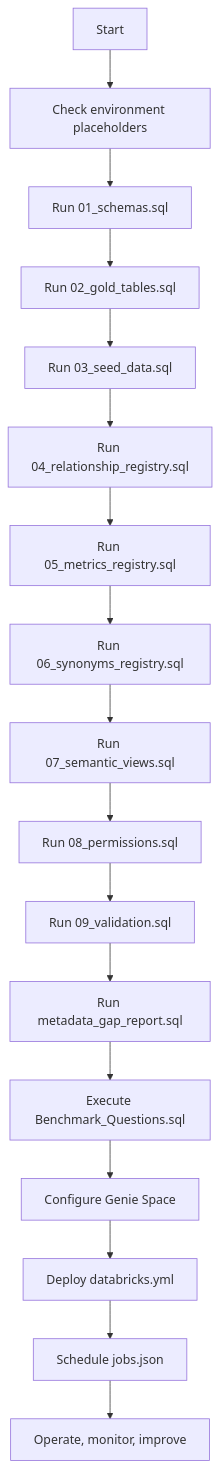
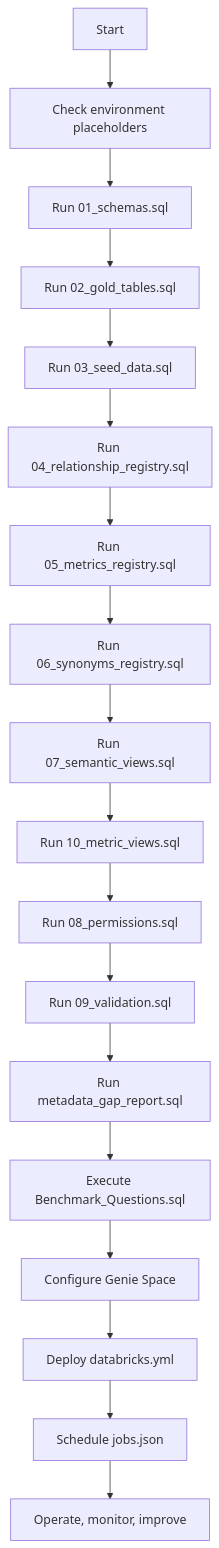
Before and after one commit to adarch-gif/semantic_layer_poc: the third of 6 diagrams in invoice_semantic_layer/docs/02_ARCHITECTURE_DETAILED.md, drawn with Mermaid. The commit also changed other lines of this file and 14 other files, not shown here.

Commit message:
Add Databricks metric views and documentation

````diff
--- a/invoice_semantic_layer/docs/02_ARCHITECTURE_DETAILED.md
+++ b/invoice_semantic_layer/docs/02_ARCHITECTURE_DETAILED.md
@@ -89,19 +89,20 @@
 ```mermaid
 flowchart TD
   A[Start] --> B[Check environment placeholders]
   B --> C[Run 01_schemas.sql]
   C --> D[Run 02_gold_tables.sql]
   D --> E[Run 03_seed_data.sql]
   E --> F[Run 04_relationship_registry.sql]
   F --> G[Run 05_metrics_registry.sql]
   G --> H[Run 06_synonyms_registry.sql]
   H --> I[Run 07_semantic_views.sql]
-  I --> J[Run 08_permissions.sql]
-  J --> K[Run 09_validation.sql]
-  K --> L[Run metadata_gap_report.sql]
-  L --> M[Execute Benchmark_Questions.sql]
-  M --> N[Configure Genie Space]
-  N --> O[Deploy databricks.yml]
-  O --> P[Schedule jobs.json]
-  P --> Q[Operate, monitor, improve]
+  I --> J[Run 10_metric_views.sql]
+  J --> K[Run 08_permissions.sql]
+  K --> L[Run 09_validation.sql]
+  L --> M[Run metadata_gap_report.sql]
+  M --> N[Execute Benchmark_Questions.sql]
+  N --> O[Configure Genie Space]
+  O --> P[Deploy databricks.yml]
+  P --> Q[Schedule jobs.json]
+  Q --> R[Operate, monitor, improve]
 ```
````
